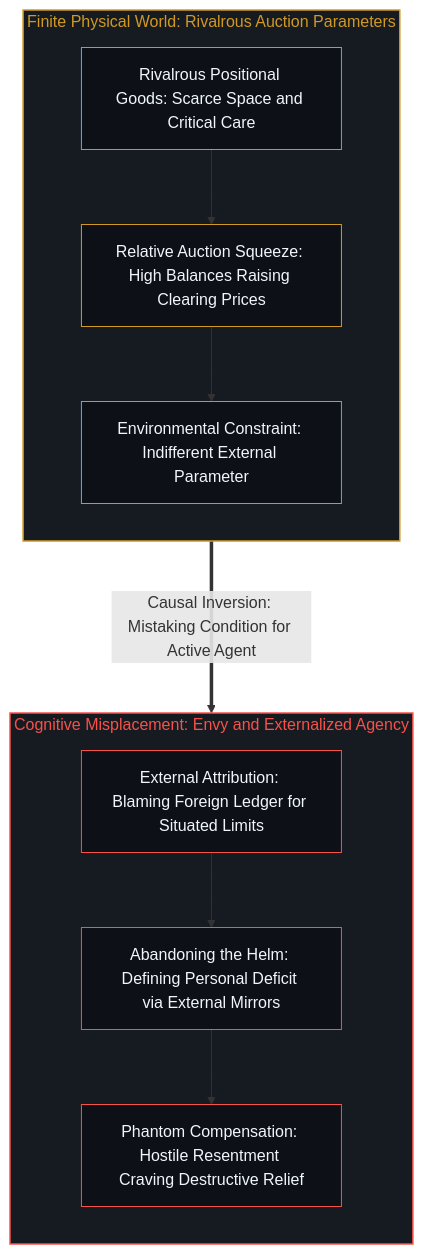
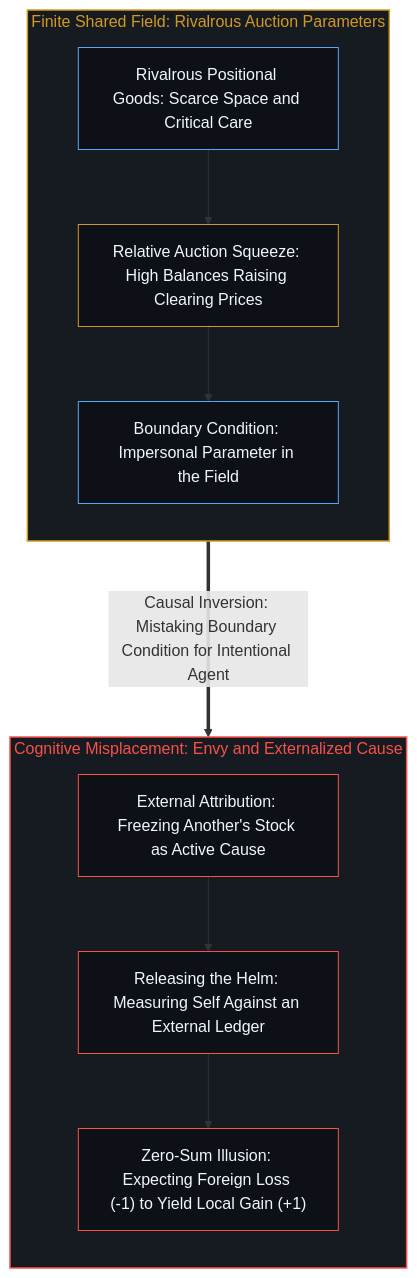
The sixth of 8 diagrams in content/posts/abstract-pain-and-living-hunger.md (powerpig99/not-a-toe), drawn with Mermaid before and after one commit. The commit also changed other lines of this file and 7 other files, not shown here.

````diff
--- a/content/posts/abstract-pain-and-living-hunger.md
+++ b/content/posts/abstract-pain-and-living-hunger.md
@@ -174,26 +174,26 @@
 ```mermaid
 flowchart TD
-    subgraph S_Reality ["Finite Physical World: Rivalrous Auction Parameters"]
+    subgraph S_Reality ["Finite Shared Field: Rivalrous Auction Parameters"]
         direction TB
         R1["Rivalrous Positional Goods: Scarce Space and Critical Care"]
         R2["Relative Auction Squeeze: High Balances Raising Clearing Prices"]
-        R3["Environmental Constraint: Indifferent External Parameter"]
+        R3["Boundary Condition: Impersonal Parameter in the Field"]
     end
-    subgraph S_Inversion ["Cognitive Misplacement: Envy and Externalized Agency"]
+    subgraph S_Inversion ["Cognitive Misplacement: Envy and Externalized Cause"]
         direction TB
-        I1["External Attribution: Blaming Foreign Ledger for Situated Limits"]
-        I2["Abandoning the Helm: Defining Personal Deficit via External Mirrors"]
-        I3["Phantom Compensation: Hostile Resentment Craving Destructive Relief"]
+        I1["External Attribution: Freezing Another's Stock as Active Cause"]
+        I2["Releasing the Helm: Measuring Self Against an External Ledger"]
+        I3["Zero-Sum Illusion: Expecting Foreign Loss (-1) to Yield Local Gain (+1)"]
     end
     R1 --> R2 --> R3
     I1 --> I2 --> I3
-    R3 ===>|"Causal Inversion: Mistaking Condition for Active Agent"| I1
+    R3 ===>|"Causal Inversion: Mistaking Boundary Condition for Intentional Agent"| I1
     style S_Reality fill:#161b22,stroke:#d29922,stroke-width:1.5px,color:#d29922
     style S_Inversion fill:#161b22,stroke:#f85149,stroke-width:1.5px,color:#f85149
     style R1 fill:#0d1117,stroke:#58a6ff,stroke-width:1px,color:#f0f6fc
     style R2 fill:#0d1117,stroke:#d29922,stroke-width:1px,color:#f0f6fc
     style R3 fill:#0d1117,stroke:#58a6ff,stroke-width:1px,color:#f0f6fc
     style I1 fill:#0d1117,stroke:#f85149,stroke-width:1px,color:#f0f6fc
     style I2 fill:#0d1117,stroke:#f85149,stroke-width:1px,color:#f0f6fc
     style I3 fill:#0d1117,stroke:#f85149,stroke-width:1px,color:#f0f6fc
 ```
````
